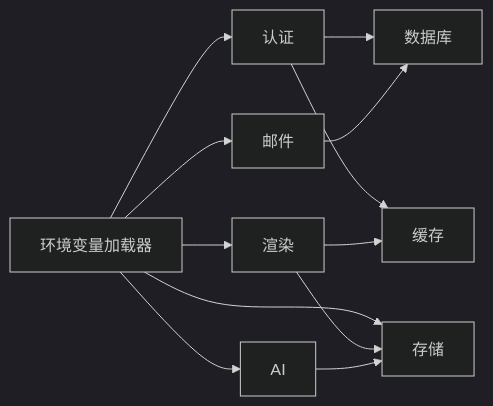
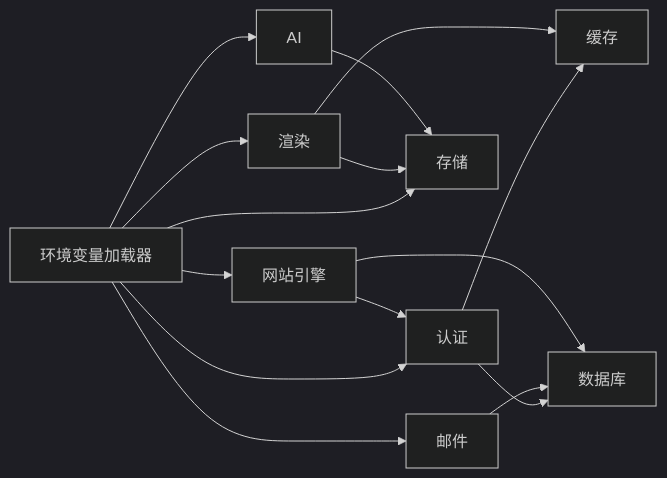
Before and after one commit to scottcwy/PurpleInk: the sixth of 6 diagrams in .qoder/repowiki/zh/content/部署指南/生产环境配置/环境变量配置.md, drawn with Mermaid (dark theme). The commit also changed other lines of this file and 23 other files, not shown here.

````diff
--- a/.qoder/repowiki/zh/content/部署指南/生产环境配置/环境变量配置.md
+++ b/.qoder/repowiki/zh/content/部署指南/生产环境配置/环境变量配置.md
@@ -359,14 +396,17 @@
 ```mermaid
 graph LR
 ENV["环境变量加载器"] --> AUTH["认证"]
 ENV --> RENDER["渲染"]
 ENV --> AI["AI"]
 ENV --> STORE["存储"]
 ENV --> MAIL["邮件"]
+ENV --> ENGINE["网站引擎"]
 AUTH --> DB["数据库"]
 AUTH --> CACHE["缓存"]
 RENDER --> CACHE
 RENDER --> STORE
 AI --> STORE
 MAIL --> DB
+ENGINE --> AUTH
+ENGINE --> DB
 ```
````
